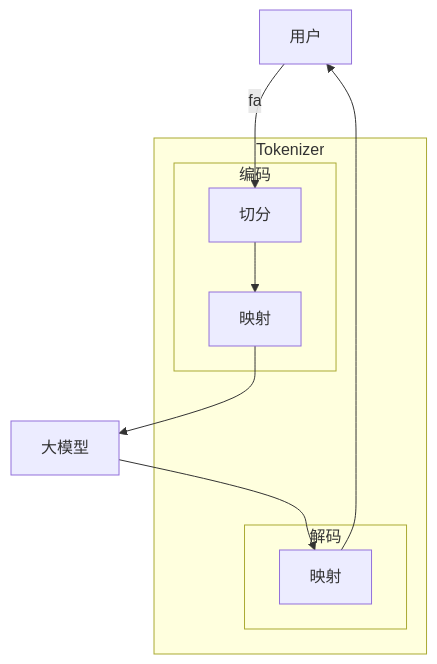
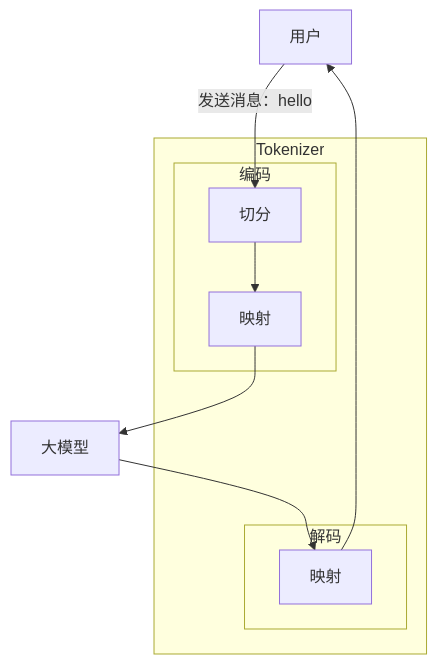
Before and after one commit to wangxiaoqi0123/iodraw-files: the diagram in all/未命名.md, drawn with Mermaid.

Commit message:
2026-04-09 16:57:29 update

````diff
--- a/all/未命名.md
+++ b/all/未命名.md
@@ -1,28 +1,28 @@
 ```mermaid
 flowchart 
     U[用户]
     M[大模型]
 
     %% 外层包裹：文本处理阶段
     subgraph Pipeline[Tokenizer]
         
         %% 编码模块
         subgraph Encoder[编码]
             E1[切分]
             E2[映射]
         end
 
         %% 解码模块
         subgraph Decoder[解码]
             D1[映射]
         end
 
     end
 
     %% 流程连接
-    U -- fa --> E1
+    U -- 发送消息：hello --> E1
     E1 --> E2
     E2 --> M
     M --> D1
     D1 --> U
 ```
````
